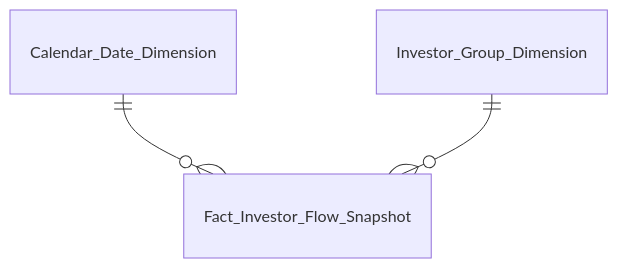
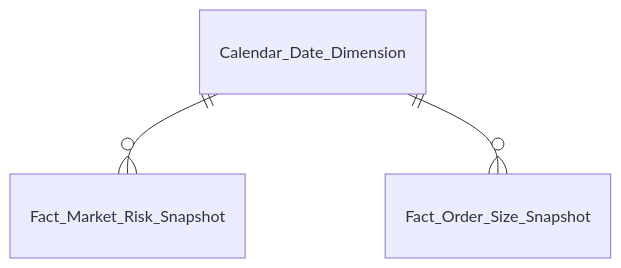
The fourth of 9 diagrams in Datamart/hld/DTM_PTTT_Entities.md (linhlvit/ubck_atomic_design), drawn with Mermaid before and after one commit. The commit also changed other lines of this file and 70 other files, not shown here.

````diff
--- a/Datamart/hld/DTM_PTTT_Entities.md
+++ b/Datamart/hld/DTM_PTTT_Entities.md
@@ -114,5 +75,5 @@
 ```mermaid
 erDiagram
-    Calendar_Date_Dimension ||--o{ Fact_Investor_Flow_Snapshot : " "
-    Investor_Group_Dimension ||--o{ Fact_Investor_Flow_Snapshot : " "
+    Calendar_Date_Dimension ||--o{ Fact_Market_Risk_Snapshot : " "
+    Calendar_Date_Dimension ||--o{ Fact_Order_Size_Snapshot : " "
 ```
````
